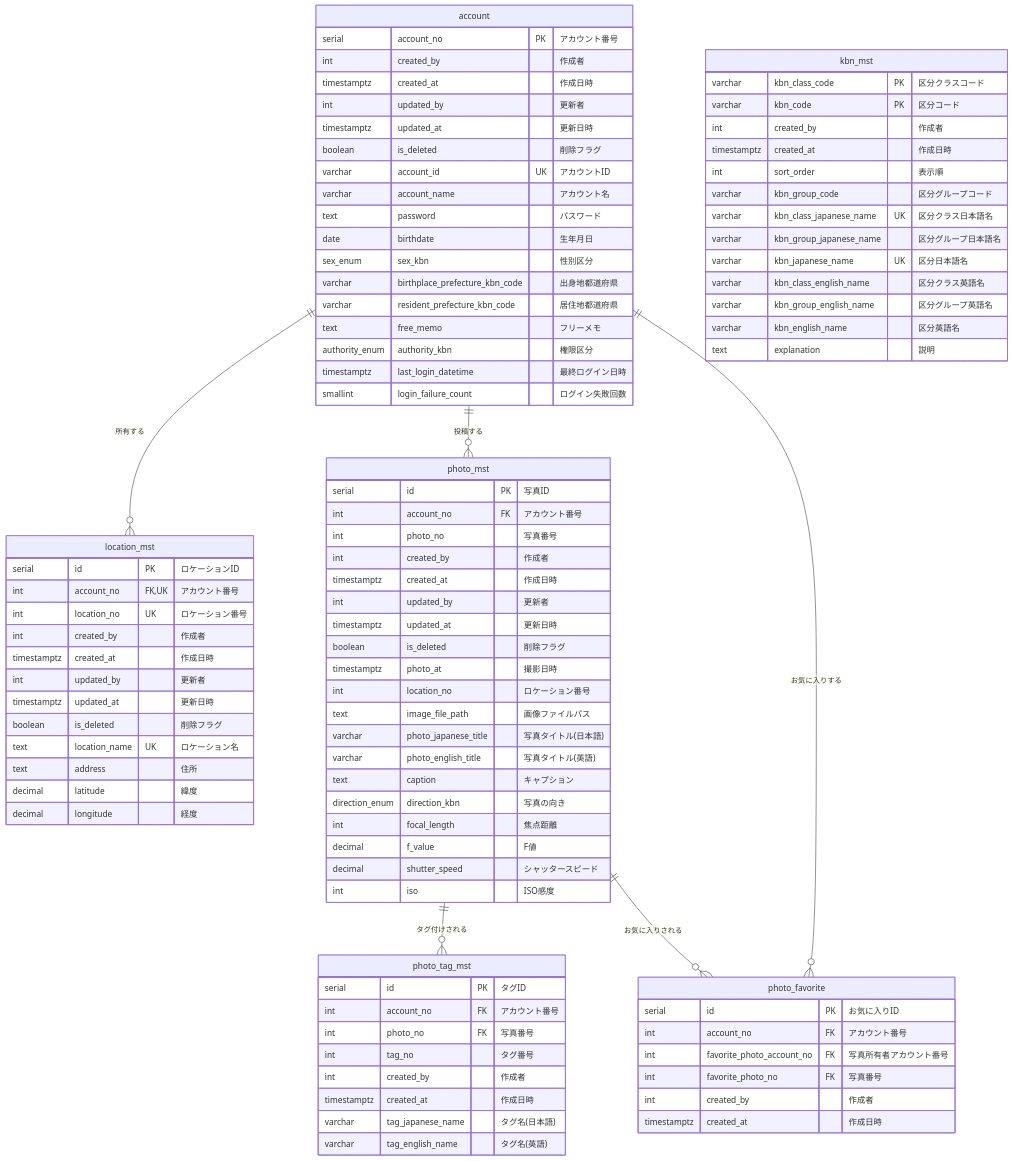
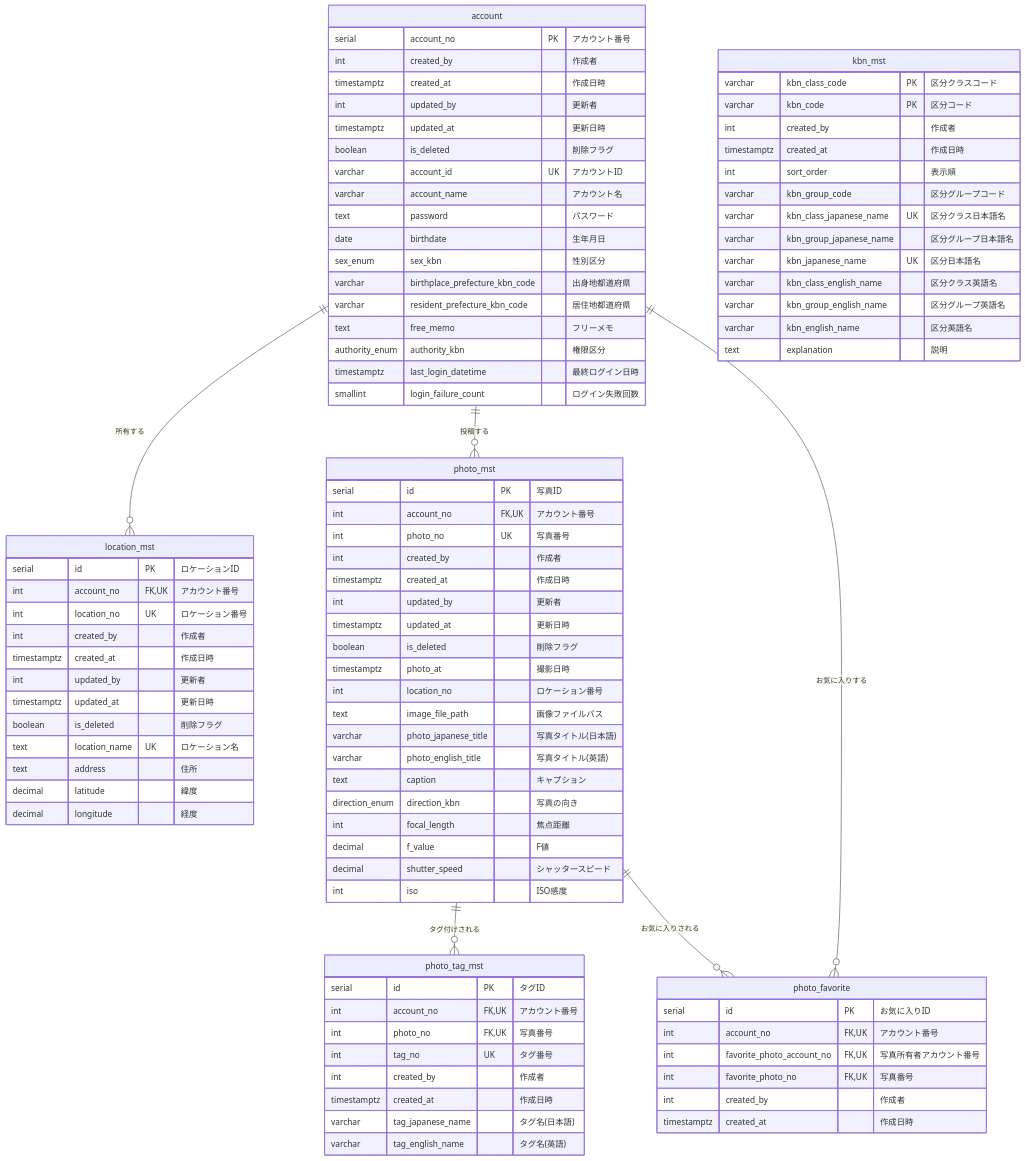
One commit to KentoKodama214/WebGallary changed the first of 3 diagrams in doc/database/er-diagram.md. Above: the diagram before and after it, drawn with Mermaid. The commit also changed other lines of this file and 2 other files, not shown here.

Commit message:
軽微な修正

```diff
--- a/doc/database/er-diagram.md
+++ b/doc/database/er-diagram.md
@@ -61,8 +61,8 @@
 
     photo_mst {
         serial id PK "写真ID"
-        int account_no FK "アカウント番号"
-        int photo_no "写真番号"
+        int account_no FK,UK "アカウント番号"
+        int photo_no UK "写真番号"
         int created_by "作成者"
         timestamptz created_at "作成日時"
         int updated_by "更新者"
@@ -83,9 +83,9 @@
 
     photo_tag_mst {
         serial id PK "タグID"
-        int account_no FK "アカウント番号"
-        int photo_no FK "写真番号"
-        int tag_no "タグ番号"
+        int account_no FK,UK "アカウント番号"
+        int photo_no FK,UK "写真番号"
+        int tag_no UK "タグ番号"
         int created_by "作成者"
         timestamptz created_at "作成日時"
         varchar tag_japanese_name "タグ名(日本語)"
@@ -94,9 +94,9 @@
 
     photo_favorite {
         serial id PK "お気に入りID"
-        int account_no FK "アカウント番号"
-        int favorite_photo_account_no FK "写真所有者アカウント番号"
-        int favorite_photo_no FK "写真番号"
+        int account_no FK,UK "アカウント番号"
+        int favorite_photo_account_no FK,UK "写真所有者アカウント番号"
+        int favorite_photo_no FK,UK "写真番号"
         int created_by "作成者"
         timestamptz created_at "作成日時"
     }
```
